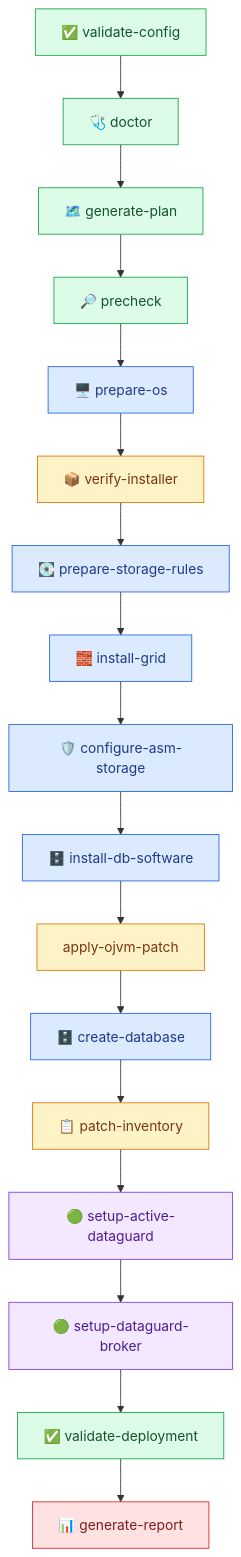
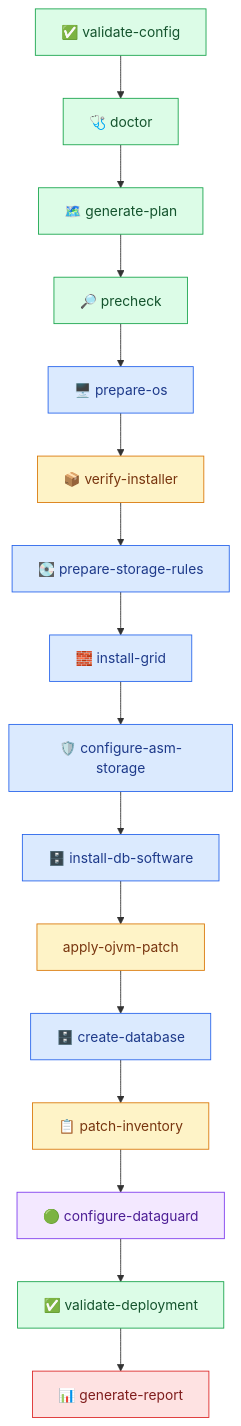
One commit to bozpain/oracle-install-replication-framework changed the fourth of 4 diagrams in docs/deployment_guide.md. Above: the diagram before and after it, drawn with Mermaid. The commit also changed other lines of this file and 10 other files, not shown here.

````diff
--- a/docs/deployment_guide.md
+++ b/docs/deployment_guide.md
@@ -579,33 +575,32 @@
 ```mermaid
 flowchart TB
     validate["✅ validate-config"]
     doctor["🩺 doctor"]
     plan["🗺️ generate-plan"]
     precheck["🔎 precheck"]
     os["🖥️ prepare-os"]
     installer["📦 verify-installer"]
     storageRules["💽 prepare-storage-rules"]
     grid["🧱 install-grid"]
     asm["🛡️ configure-asm-storage"]
     dbsw["🗄️ install-db-software"]
     ojvm["apply-ojvm-patch"]
     inventory["📋 patch-inventory"]
     createDb["🗄️ create-database"]
-    dg["🟢 setup-active-dataguard"]
-    broker["🟢 setup-dataguard-broker"]
+    dg["🟢 configure-dataguard"]
     validateDeploy["✅ validate-deployment"]
     report["📊 generate-report"]
 
-    validate --> doctor --> plan --> precheck --> os --> installer --> storageRules --> grid --> asm --> dbsw --> ojvm --> createDb --> inventory --> dg --> broker --> validateDeploy --> report
+    validate --> doctor --> plan --> precheck --> os --> installer --> storageRules --> grid --> asm --> dbsw --> ojvm --> createDb --> inventory --> dg --> validateDeploy --> report
 
     classDef green fill:#DCFCE7,stroke:#16A34A,color:#14532D
     classDef blue fill:#DBEAFE,stroke:#2563EB,color:#1E3A8A
     classDef amber fill:#FEF3C7,stroke:#D97706,color:#78350F
     classDef red fill:#FEE2E2,stroke:#DC2626,color:#7F1D1D
     classDef purple fill:#F3E8FF,stroke:#7C3AED,color:#4C1D95
     class validate,doctor,plan,precheck,validateDeploy green
     class os,storageRules,grid,asm,dbsw,createDb blue
     class installer,ojvm,inventory amber
     class dg,broker purple
     class report red
 ```
````
